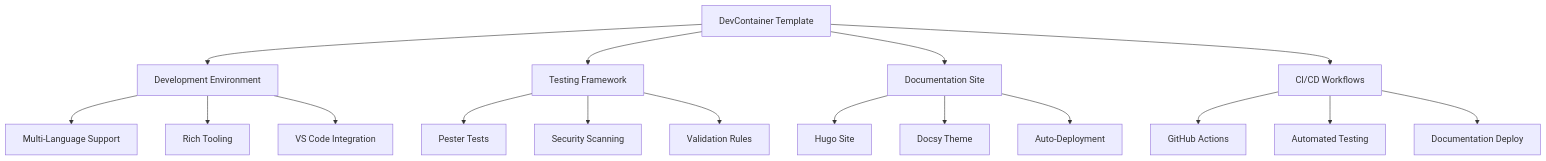
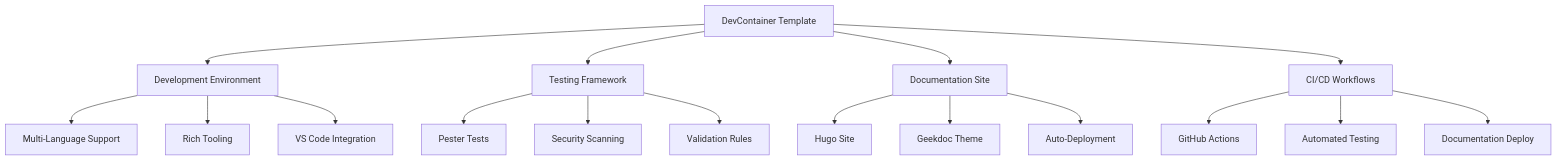
The diagram in docs/hugo/content/_index.md (haflidif/devcontainer-template), drawn with Mermaid before and after one commit. The commit also changed other lines of this file and 11 other files, not shown here.

First line of the commit message:
feat: modernize Hugo documentation site with Geekdoc theme

````diff
--- a/docs/hugo/content/_index.md
+++ b/docs/hugo/content/_index.md
@@ -77,23 +92,23 @@
-```mermaid
+{{< mermaid >}}
 graph TD
     A[DevContainer Template] --> B[Development Environment]
     A --> C[Testing Framework]
     A --> D[Documentation Site]
     A --> E[CI/CD Workflows]
     
     B --> B1[Multi-Language Support]
     B --> B2[Rich Tooling]
     B --> B3[VS Code Integration]
     
     C --> C1[Pester Tests]
     C --> C2[Security Scanning]
     C --> C3[Validation Rules]
     
     D --> D1[Hugo Site]
-    D --> D2[Docsy Theme]
+    D --> D2[Geekdoc Theme]
     D --> D3[Auto-Deployment]
     
     E --> E1[GitHub Actions]
     E --> E2[Automated Testing]
     E --> E3[Documentation Deploy]
-```
+{{< /mermaid >}}
````
